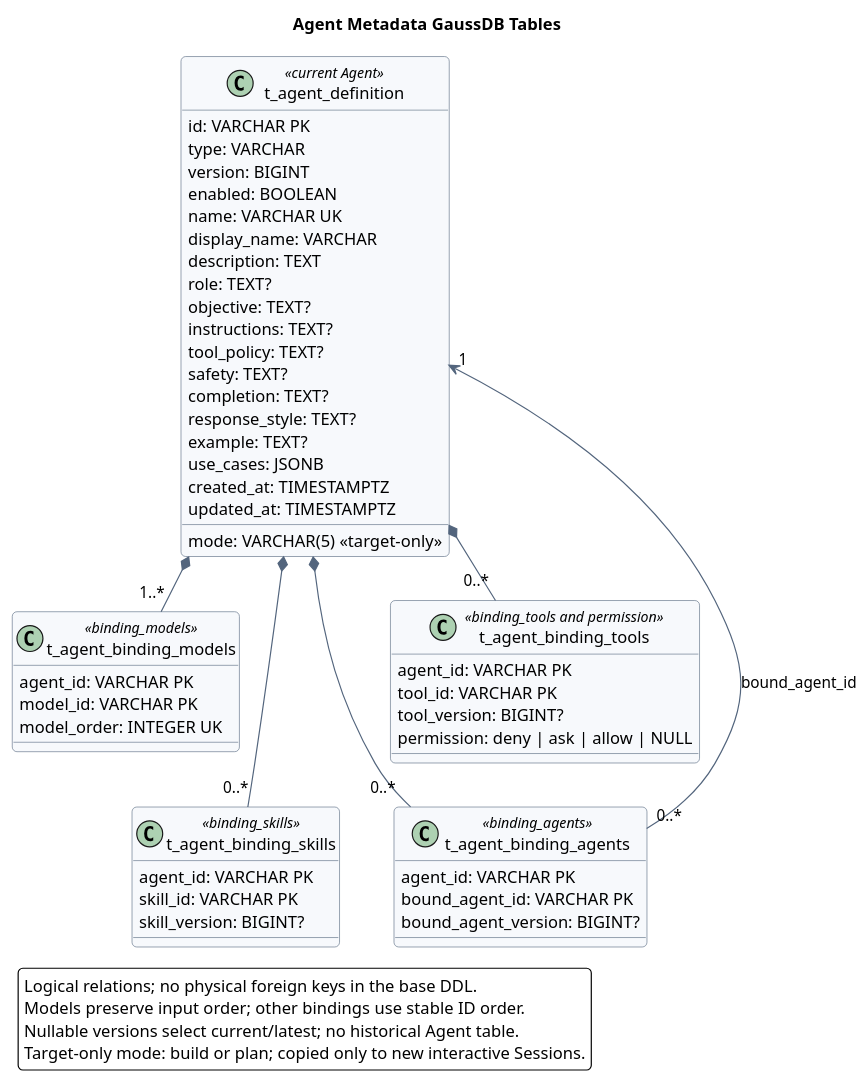
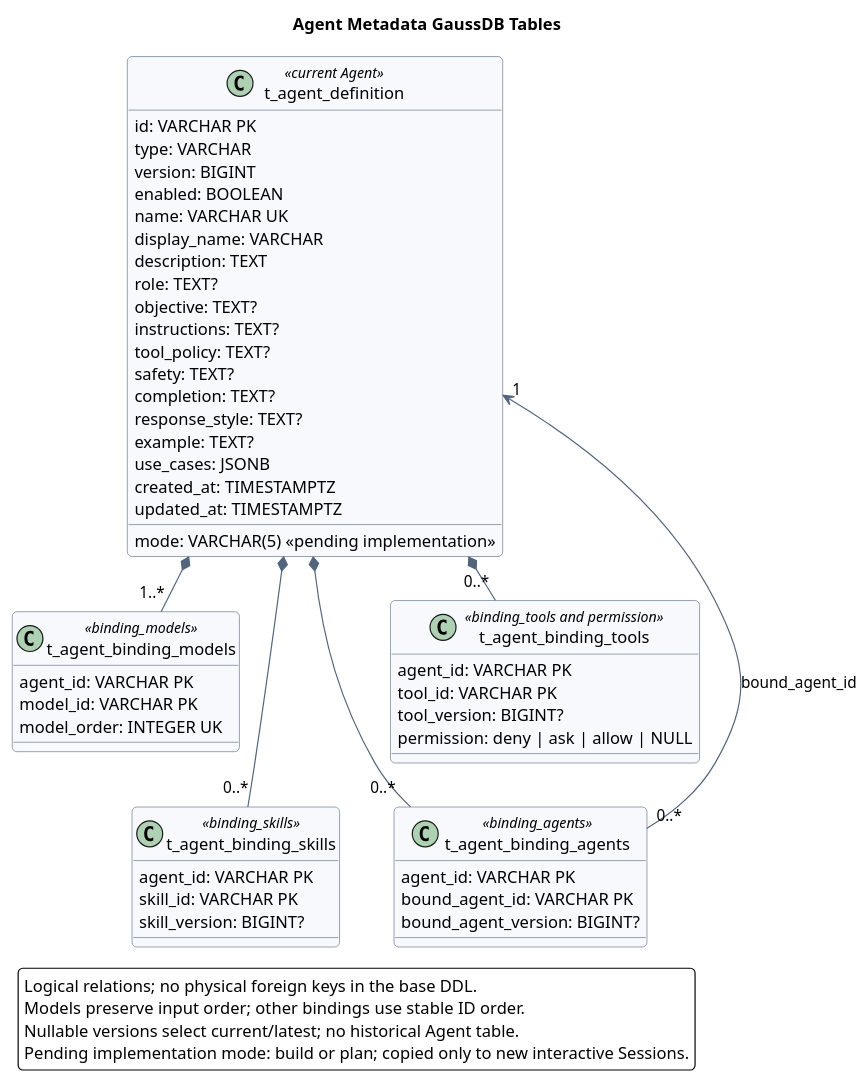
One commit to ssm0808/pi-mono-java-design changed the first of 2 diagrams in 03-数据与存储/02-Agent元数据GaussDB/diagram.puml. Above: the diagram before and after it, drawn with PlantUML. The commit also changed other lines of this file and 182 other files, not shown here.

```diff
--- a/03-数据与存储/02-Agent元数据GaussDB/diagram.puml
+++ b/03-数据与存储/02-Agent元数据GaussDB/diagram.puml
@@ -6,141 +6,141 @@
 @startuml agent_metadata_gaussdb_model
 title Agent Metadata GaussDB Tables
 top to bottom direction
 
 skinparam backgroundColor #FFFFFF
 skinparam shadowing false
 skinparam roundcorner 8
 skinparam nodesep 25
 skinparam ranksep 35
 skinparam ArrowColor #53657D
 skinparam ClassBorderColor #53657D
 skinparam ClassBackgroundColor #F7F9FC
 skinparam classAttributeIconSize 0
 
 ' Source evidence:
 ' - AGENT metadata JSON lines 2-53 define root fields and four binding arrays.
 ' - binding_models is at line 11; binding_agents is at lines 37-42.
 ' - TOOL metadata JSON line 8 defines is_concurrency_safe.
 ' - mate-service baseline path and symbols:
 '   src/main/java/com/huawei/hicampus/mate/agentdefinition/service/impl/AgentDefinitionServiceImpl.java
 '   AgentDefinitionServiceImpl.listAgents, getAgent, and updateAgent.
 '   src/main/java/com/huawei/hicampus/mate/agentdefinition/exception/AgentErrorCode.java
 '   AgentErrorCode specific localized error codes.
 '   src/main/java/com/huawei/hicampus/mate/agentdefinition/controller/ApiExceptionHandler.java
 '   ApiExceptionHandler locale-aware error response mapping.
 '   src/main/java/com/huawei/hicampus/mate/agentdefinition/controller/AgentDefinitionController.java
 '   AgentDefinitionController three HTTP endpoint mappings.
 '   src/main/java/com/huawei/hicampus/mate/agentdefinition/vo/ApiSuccessResponseVO.java
 '   ApiSuccessResponseVO success envelope.
 '   src/main/java/com/huawei/hicampus/mate/agentdefinition/vo/AgentInfoResponseVO.java
 '   AgentInfoResponseVO root id response field.
 '   src/main/java/com/huawei/hicampus/mate/agentdefinition/validation/ResourceIdRules.java
 '   ResourceIdRules identifier patterns.
 '   src/main/java/com/huawei/hicampus/mate/agentdefinition/vo/UpdateAgentRequestVO.java
 '   UpdateAgentRequestVO standard Jakarta identifier constraints.
 '   src/main/java/com/huawei/hicampus/mate/agentdefinition/vo/SystemPromptResponseVO.java
 '   AgentDefinitionServiceImpl.toSystemPrompt.
 '   src/test/java/com/huawei/hicampus/mate/agentdefinition/vo/AgentInfoJsonTest.java
 '   AgentInfoJsonTest optional system prompt serialization.
 '   src/main/resources/application.yml
 '   Jackson non-null serialization configuration.
 ' - mate-service baseline DDL: src/main/resources/db/schema.sql.
 ' Observed behavior: Jakarta Pattern validates typed resource ID formats.
 ' Observed behavior: system_prompt columns are nullable TEXT fields.
 ' Observed behavior: Jackson omits null system_prompt component fields.
 ' Observed behavior: only model bindings have write Mapper operations.
 ' Observed behavior: error codes and localization keys use identical names.
 ' Observed behavior: the Controller exposes list, get, and update endpoints.
 ' Observed behavior: successful reads wrap Service results under result.
 ' Observed behavior: successful updates omit the null result field.
 ' Observed behavior: AgentInfo uses root id; nested Agent bindings use agentId.
 ' Observed behavior: each DROP TABLE statement immediately precedes its CREATE.
 ' Design reason: pair each table drop with its create statement to follow the
 ' required deployment-script convention without changing table structure.
 ' Product constraint: all eight system_prompt fields are optional soft guidance.
 ' Product constraint: only binding_models preserves input array order.
 ' Product constraint: Agent IDs use agent- plus a 32-character hexadecimal UUID.
 ' Product constraint: Model, Tool, and Skill IDs use typed prefixes plus UUIDs.
-' Target-only rule: future Agent binding writes validate current targets but
+' Pending implementation rule: future Agent binding writes validate current targets but
 ' do not validate pinned history; Runtime reads require an exact current match.
 ' Observed behavior: getRuntimeAgent resolves Tool and Agent bindings by typed
 ' identifier and optional version, then returns flat Tools and Agents.
 ' Observed behavior: Runtime Tools expose ten fields including type and enabled and omit timestamps and schemas.
 ' Observed behavior: bound Runtime Agents expose nine execution fields and
 ' omit timestamps, permissions, and recursive bindings.
 ' Observed behavior: root Runtime Agents expose type but omit timestamps.
 ' Observed behavior: Runtime systemPrompt values are composed strings.
 ' GaussDB divergence: physical foreign keys are optional because GaussDB
 ' Distributed does not support them; the base DDL uses logical relationships.
 ' DDL convention: each DROP TABLE IF EXISTS immediately precedes CREATE TABLE.
 
 class t_agent_definition <<current Agent>> {
   id: VARCHAR PK
   type: VARCHAR
   version: BIGINT
   enabled: BOOLEAN
-  mode: VARCHAR(5) <<target-only>>
+  mode: VARCHAR(5) <<pending implementation>>
   name: VARCHAR UK
   display_name: VARCHAR
   description: TEXT
   role: TEXT?
   objective: TEXT?
   instructions: TEXT?
   tool_policy: TEXT?
   safety: TEXT?
   completion: TEXT?
   response_style: TEXT?
   example: TEXT?
   use_cases: JSONB
   created_at: TIMESTAMPTZ
   updated_at: TIMESTAMPTZ
 }
 
 class t_agent_binding_models <<binding_models>> {
   agent_id: VARCHAR PK
   model_id: VARCHAR PK
   model_order: INTEGER UK
 }
 
 class t_agent_binding_tools <<binding_tools and permission>> {
   agent_id: VARCHAR PK
   tool_id: VARCHAR PK
   tool_version: BIGINT?
   permission: deny | ask | allow | NULL
 }
 
 class t_agent_binding_skills <<binding_skills>> {
   agent_id: VARCHAR PK
   skill_id: VARCHAR PK
   skill_version: BIGINT?
 }
 
 class t_agent_binding_agents <<binding_agents>> {
   agent_id: VARCHAR PK
   bound_agent_id: VARCHAR PK
   bound_agent_version: BIGINT?
 }
 
 t_agent_definition *-down- "1..*" t_agent_binding_models
 t_agent_definition *-down- "0..*" t_agent_binding_tools
 t_agent_definition *-down- "0..*" t_agent_binding_skills
 t_agent_definition *-down- "0..*" t_agent_binding_agents
 t_agent_binding_agents "0..*" -[norank]-> "1" t_agent_definition : bound_agent_id
 
 
 
 
 
 
 
 
 t_agent_binding_models -[hidden]right-> t_agent_binding_tools
 t_agent_binding_models -[hidden]down-> t_agent_binding_skills
 t_agent_binding_tools -[hidden]down-> t_agent_binding_agents
 legend bottom left
 Logical relations; no physical foreign keys in the base DDL.
 Models preserve input order; other bindings use stable ID order.
 Nullable versions select current/latest; no historical Agent table.
-Target-only mode: build or plan; copied only to new interactive Sessions.
+Pending implementation mode: build or plan; copied only to new interactive Sessions.
 endlegend
 @enduml
```
